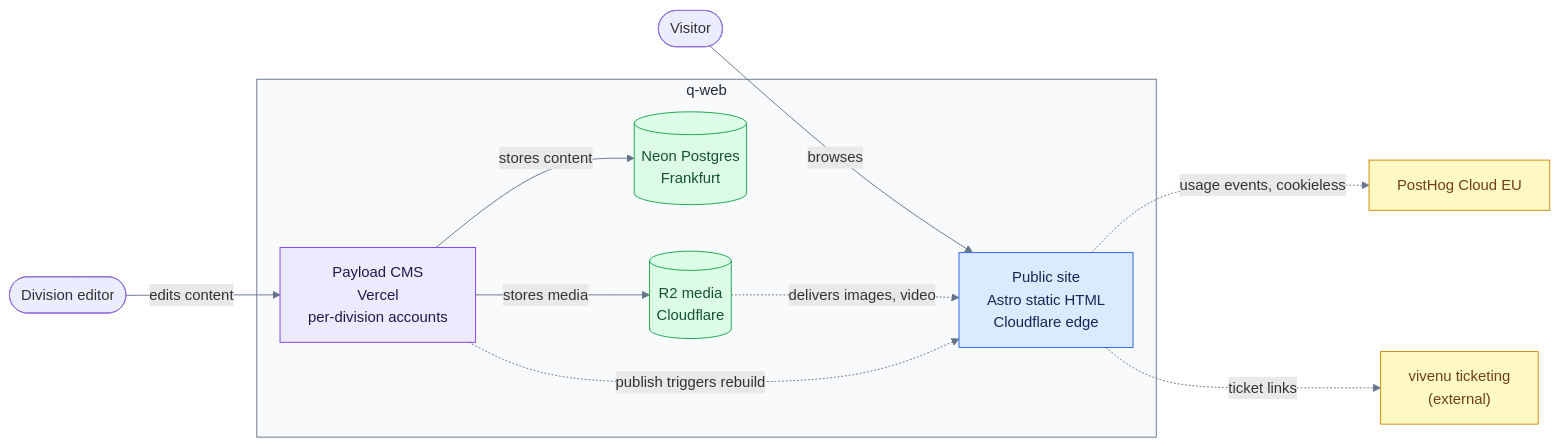
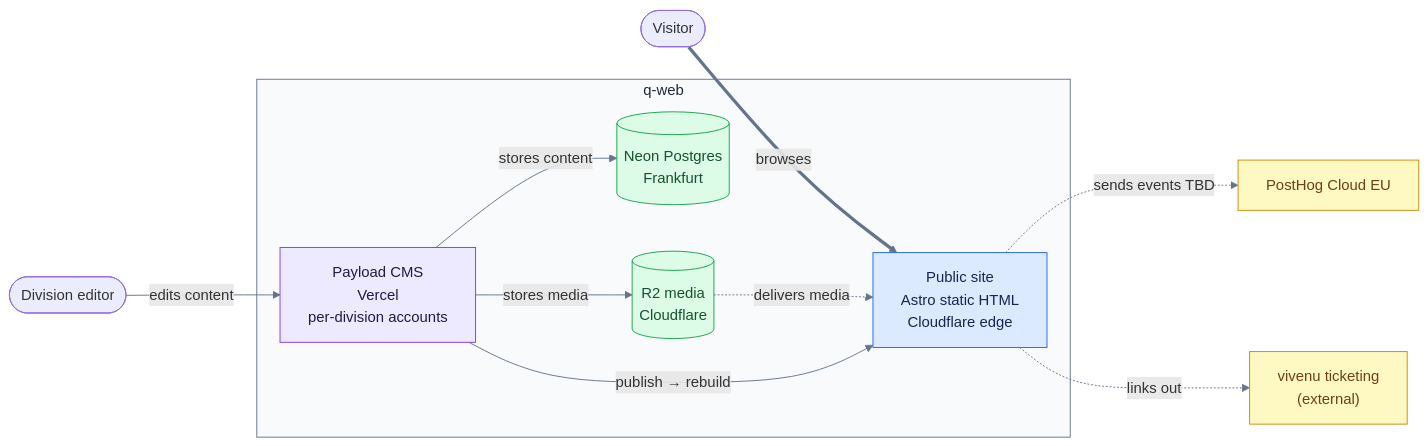
One commit to Q-Summit/q-web changed the diagram in docs/architecture/03-context-and-scope.md. Above: the diagram before and after it, drawn with Mermaid. The commit also changed other lines of this file and 14 other files, not shown here.

````diff
--- a/docs/architecture/03-context-and-scope.md
+++ b/docs/architecture/03-context-and-scope.md
@@ -7,27 +7,27 @@
 ```mermaid
 flowchart LR
-  V([Visitor]) -->|"browses"| SITE["Public site<br/>Astro static HTML<br/>Cloudflare edge"]
+  V([Visitor]) ==>|"browses"| SITE["Public site<br/>Astro static HTML<br/>Cloudflare edge"]
   E([Division editor]) -->|"edits content"| CMS["Payload CMS<br/>Vercel<br/>per-division accounts"]
 
   subgraph platform["q-web"]
     SITE
     CMS -->|"stores content"| DB[("Neon Postgres<br/>Frankfurt")]
     CMS -->|"stores media"| R2[("R2 media<br/>Cloudflare")]
-    R2 -.->|"delivers images, video"| SITE
-    CMS -.->|"publish triggers rebuild"| SITE
+    R2 -.->|"delivers media"| SITE
+    CMS -->|"publish → rebuild"| SITE
   end
 
-  SITE -.->|"usage events, cookieless"| PH["PostHog Cloud EU"]
-  SITE -.->|"ticket links"| TIX["vivenu ticketing<br/>(external)"]
+  SITE -.->|"sends events TBD"| PH["PostHog Cloud EU"]
+  SITE -.->|"links out"| TIX["vivenu ticketing<br/>(external)"]
 
   classDef surface fill:#dbeafe,stroke:#2563eb,color:#172554
   classDef api fill:#ede9fe,stroke:#7c3aed,color:#1e1b4b
   classDef store fill:#dcfce7,stroke:#16a34a,color:#14532d
   classDef external fill:#fef9c3,stroke:#ca8a04,color:#713f12
   class SITE surface
   class CMS api
   class DB,R2 store
   class PH,TIX external
   style platform fill:#f8fafc,stroke:#64748b,color:#1e293b
   linkStyle default stroke:#64748b
 ```
````
